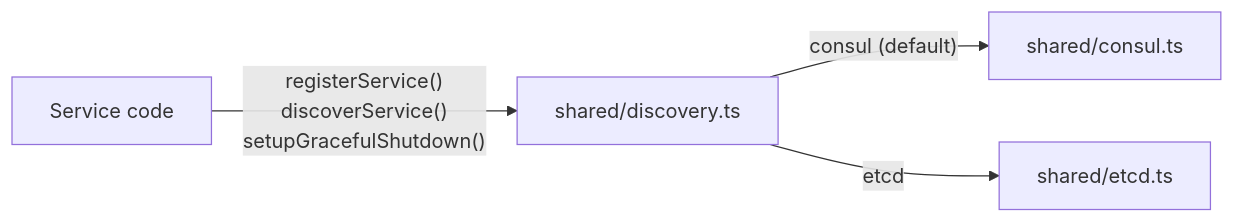
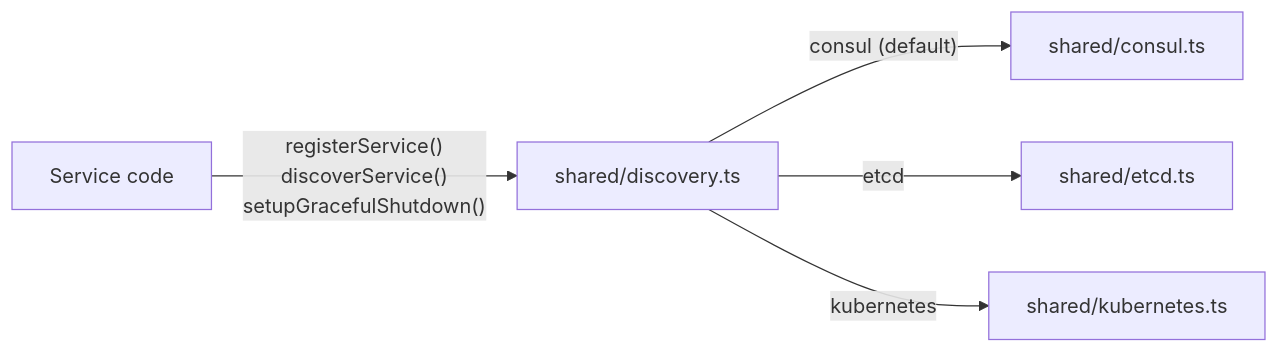
One commit to EotronRM/todo-microservices-example changed the second of 12 diagrams in docs/architecture.md. Above: the diagram before and after it, drawn with Mermaid. The commit also changed other lines of this file, not shown here.

First line of the commit message:
Extend architecture docs with Kubernetes

````diff
--- a/docs/architecture.md
+++ b/docs/architecture.md
@@ -74,6 +75,7 @@
 ```mermaid
 flowchart LR
     code["Service code"] -->|"registerService()<br/>discoverService()<br/>setupGracefulShutdown()"| adapter["shared/discovery.ts"]
     adapter -->|"consul (default)"| consul["shared/consul.ts"]
     adapter -->|"etcd"| etcd["shared/etcd.ts"]
+    adapter -->|"kubernetes"| k8s["shared/kubernetes.ts"]
 ```
````
